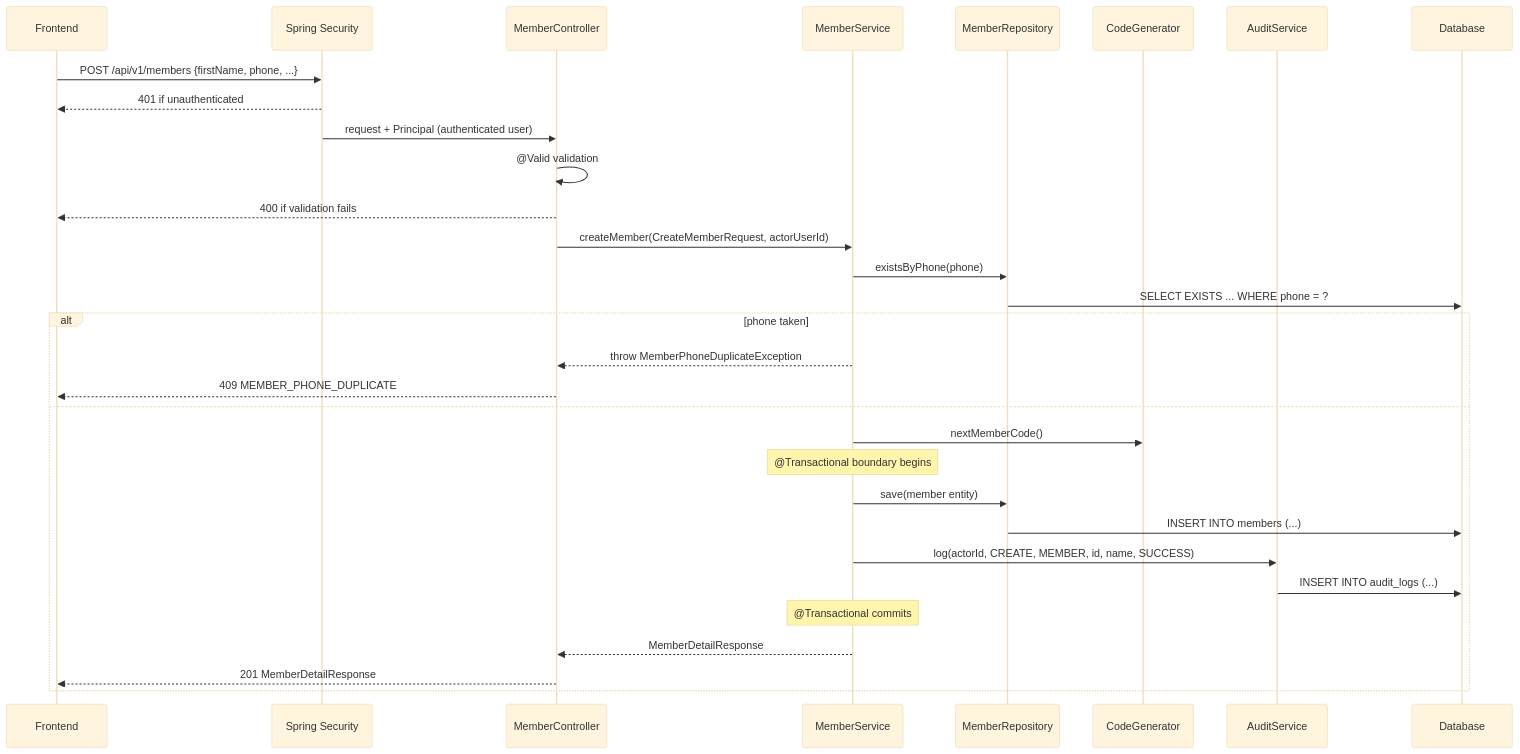
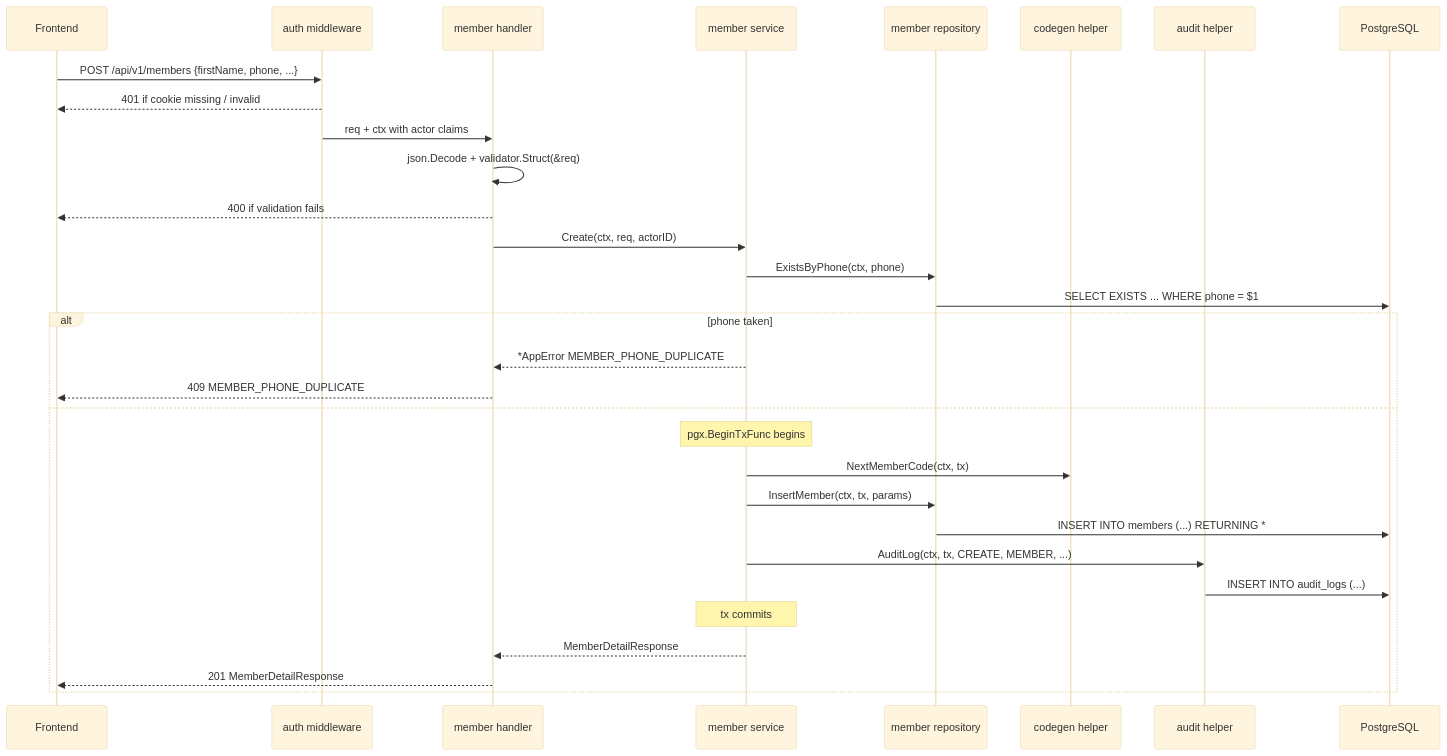
The first of 5 diagrams in backend/docs/06-backend-lld.md (sidpd51/gym-app), drawn with Mermaid (base theme) before and after one commit. The commit also changed other lines of this file and 5 other files, not shown here.

Commit message:
Migrate backend architecture documentation from Java/Spring Boot to Go

````diff
--- a/backend/docs/06-backend-lld.md
+++ b/backend/docs/06-backend-lld.md
@@ -685,34 +695,34 @@
 ```mermaid
 sequenceDiagram
     participant FE as Frontend
-    participant SC as Spring Security
-    participant C as MemberController
-    participant S as MemberService
-    participant R as MemberRepository
-    participant CG as CodeGenerator
-    participant A as AuditService
-    participant DB as Database
+    participant AM as auth middleware
+    participant H as member handler
+    participant S as member service
+    participant R as member repository
+    participant CG as codegen helper
+    participant A as audit helper
+    participant DB as PostgreSQL
 
-    FE->>SC: POST /api/v1/members {firstName, phone, ...}
-    SC-->>FE: 401 if unauthenticated
-    SC->>C: request + Principal (authenticated user)
-    C->>C: @Valid validation
-    C-->>FE: 400 if validation fails
-    C->>S: createMember(CreateMemberRequest, actorUserId)
-    S->>R: existsByPhone(phone)
-    R->>DB: SELECT EXISTS ... WHERE phone = ?
+    FE->>AM: POST /api/v1/members {firstName, phone, ...}
+    AM-->>FE: 401 if cookie missing / invalid
+    AM->>H: req + ctx with actor claims
+    H->>H: json.Decode + validator.Struct(&req)
+    H-->>FE: 400 if validation fails
+    H->>S: Create(ctx, req, actorID)
+    S->>R: ExistsByPhone(ctx, phone)
+    R->>DB: SELECT EXISTS ... WHERE phone = $1
     alt phone taken
-        S-->>C: throw MemberPhoneDuplicateException
-        C-->>FE: 409 MEMBER_PHONE_DUPLICATE
+        S-->>H: *AppError MEMBER_PHONE_DUPLICATE
+        H-->>FE: 409 MEMBER_PHONE_DUPLICATE
     else
-        S->>CG: nextMemberCode()
-        note over S: @Transactional boundary begins
-        S->>R: save(member entity)
-        R->>DB: INSERT INTO members (...)
-        S->>A: log(actorId, CREATE, MEMBER, id, name, SUCCESS)
+        note over S: pgx.BeginTxFunc begins
+        S->>CG: NextMemberCode(ctx, tx)
+        S->>R: InsertMember(ctx, tx, params)
+        R->>DB: INSERT INTO members (...) RETURNING *
+        S->>A: AuditLog(ctx, tx, CREATE, MEMBER, ...)
         A->>DB: INSERT INTO audit_logs (...)
-        note over S: @Transactional commits
-        S-->>C: MemberDetailResponse
-        C-->>FE: 201 MemberDetailResponse
+        note over S: tx commits
+        S-->>H: MemberDetailResponse
+        H-->>FE: 201 MemberDetailResponse
     end
 ```
````
